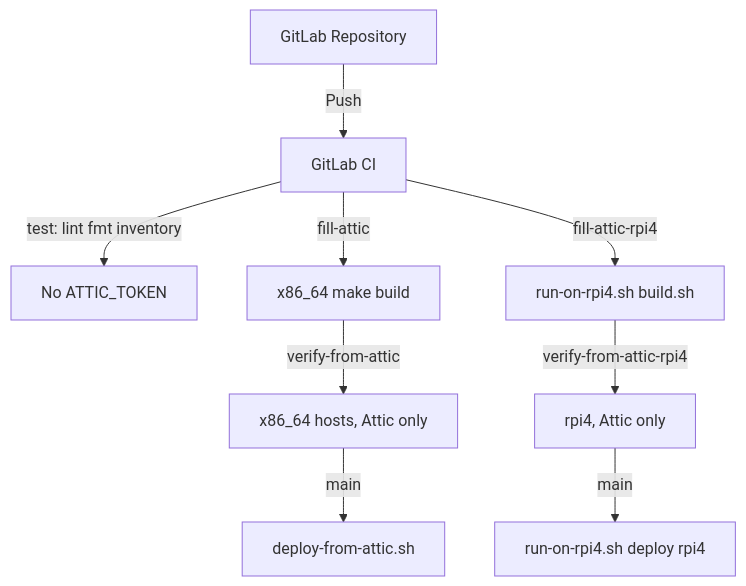
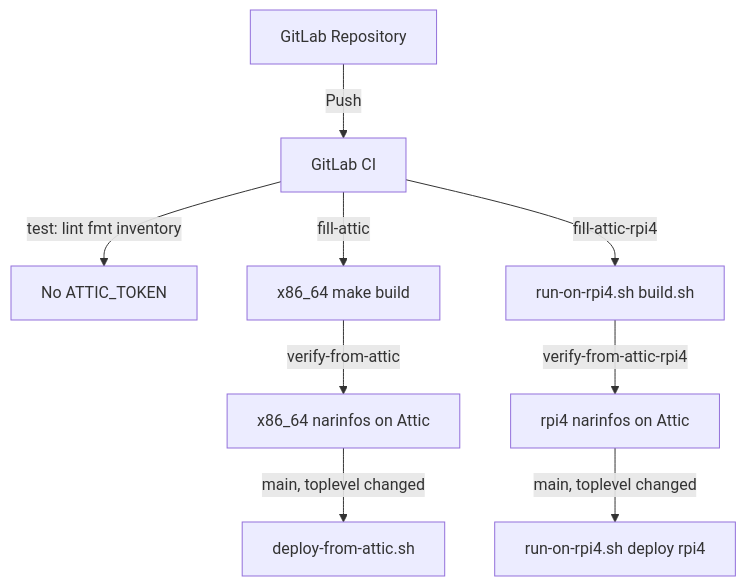
The diagram in docs/deployments.md (alexthemayers/nixos-fleet), drawn with Mermaid before and after one commit. The commit also changed other lines of this file and 19 other files, not shown here.

````diff
--- a/docs/deployments.md
+++ b/docs/deployments.md
@@ -17,11 +17,11 @@
 ```mermaid
 graph TD
     GitLab[GitLab Repository] -->|Push| CI[GitLab CI]
     CI -->|test: lint fmt inventory| Test[No ATTIC_TOKEN]
     CI -->|fill-attic| Fill[x86_64 make build]
     CI -->|fill-attic-rpi4| FillPi[run-on-rpi4.sh build.sh]
-    Fill -->|verify-from-attic| Prove[x86_64 hosts, Attic only]
-    FillPi -->|verify-from-attic-rpi4| ProvePi[rpi4, Attic only]
-    Prove -->|main| Deploy[deploy-from-attic.sh]
-    ProvePi -->|main| DeployPi[run-on-rpi4.sh deploy rpi4]
+    Fill -->|verify-from-attic| Prove[x86_64 narinfos on Attic]
+    FillPi -->|verify-from-attic-rpi4| ProvePi[rpi4 narinfos on Attic]
+    Prove -->|main, toplevel changed| Deploy[deploy-from-attic.sh]
+    ProvePi -->|main, toplevel changed| DeployPi[run-on-rpi4.sh deploy rpi4]
 ```
````
